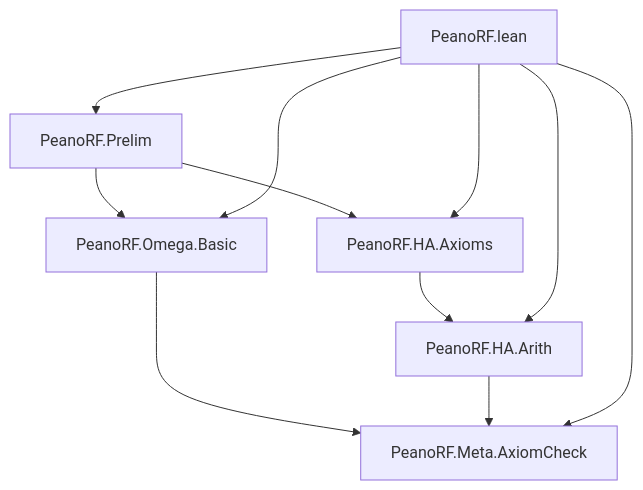
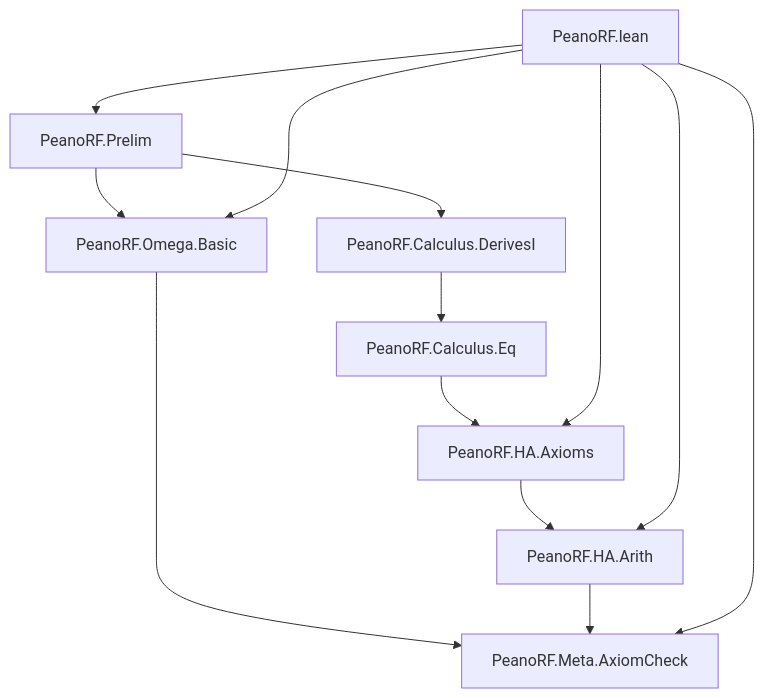
One commit to julian1c2a/PeanoRF changed the second of 2 diagrams in DEPENDENCIES.md. Above: the diagram before and after it, drawn with Mermaid. The commit also changed other lines of this file and 17 other files, not shown here.

````diff
--- a/DEPENDENCIES.md
+++ b/DEPENDENCIES.md
@@ -102,13 +108,15 @@
 ```mermaid
 graph TD
     P[PeanoRF.Prelim] --> OM[PeanoRF.Omega.Basic]
-    P --> HX[PeanoRF.HA.Axioms]
+    P --> DI[PeanoRF.Calculus.DerivesI]
+    DI --> EQ[PeanoRF.Calculus.Eq]
+    EQ --> HX[PeanoRF.HA.Axioms]
     HX --> HR[PeanoRF.HA.Arith]
     OM --> AC[PeanoRF.Meta.AxiomCheck]
     HR --> AC
     Z[PeanoRF.lean] --> P
     Z --> OM
     Z --> HX
     Z --> HR
     Z --> AC
 ```
````
